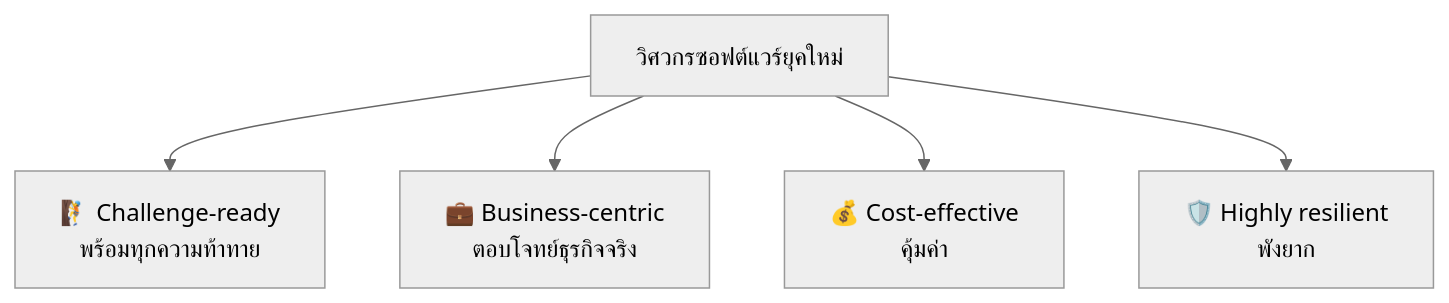
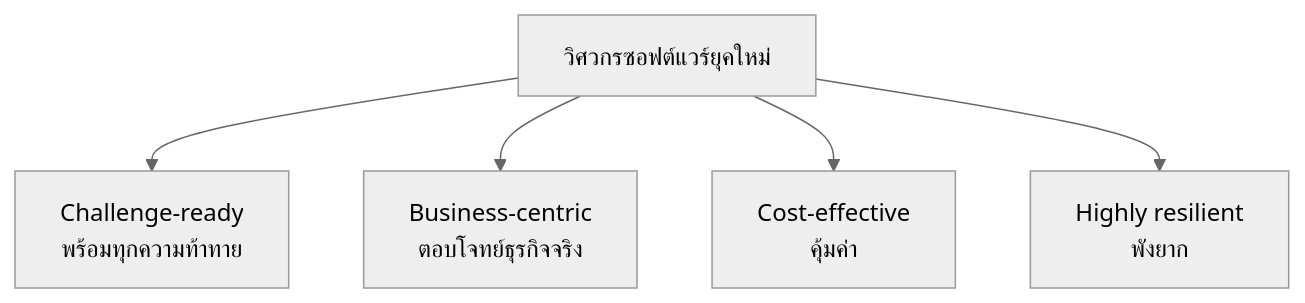
One commit to CE-SDPX/SDPX-AI changed the second of 14 diagrams in readings/07-modern-software-engineer.md. Above: the diagram before and after it, drawn with Mermaid (neutral theme). The commit also changed other lines of this file and 6 other files, not shown here.

````diff
--- a/readings/07-modern-software-engineer.md
+++ b/readings/07-modern-software-engineer.md
@@ -69,8 +68,8 @@
 ```mermaid
 flowchart TB
     E["วิศวกรซอฟต์แวร์ยุคใหม่"]
-    E --> C["🧗 Challenge-ready<br/>พร้อมทุกความท้าทาย"]
-    E --> B["💼 Business-centric<br/>ตอบโจทย์ธุรกิจจริง"]
-    E --> M["💰 Cost-effective<br/>คุ้มค่า"]
-    E --> R["🛡️ Highly resilient<br/>พังยาก"]
+    E --> C["Challenge-ready<br/>พร้อมทุกความท้าทาย"]
+    E --> B["Business-centric<br/>ตอบโจทย์ธุรกิจจริง"]
+    E --> M["Cost-effective<br/>คุ้มค่า"]
+    E --> R["Highly resilient<br/>พังยาก"]
 ```
````
